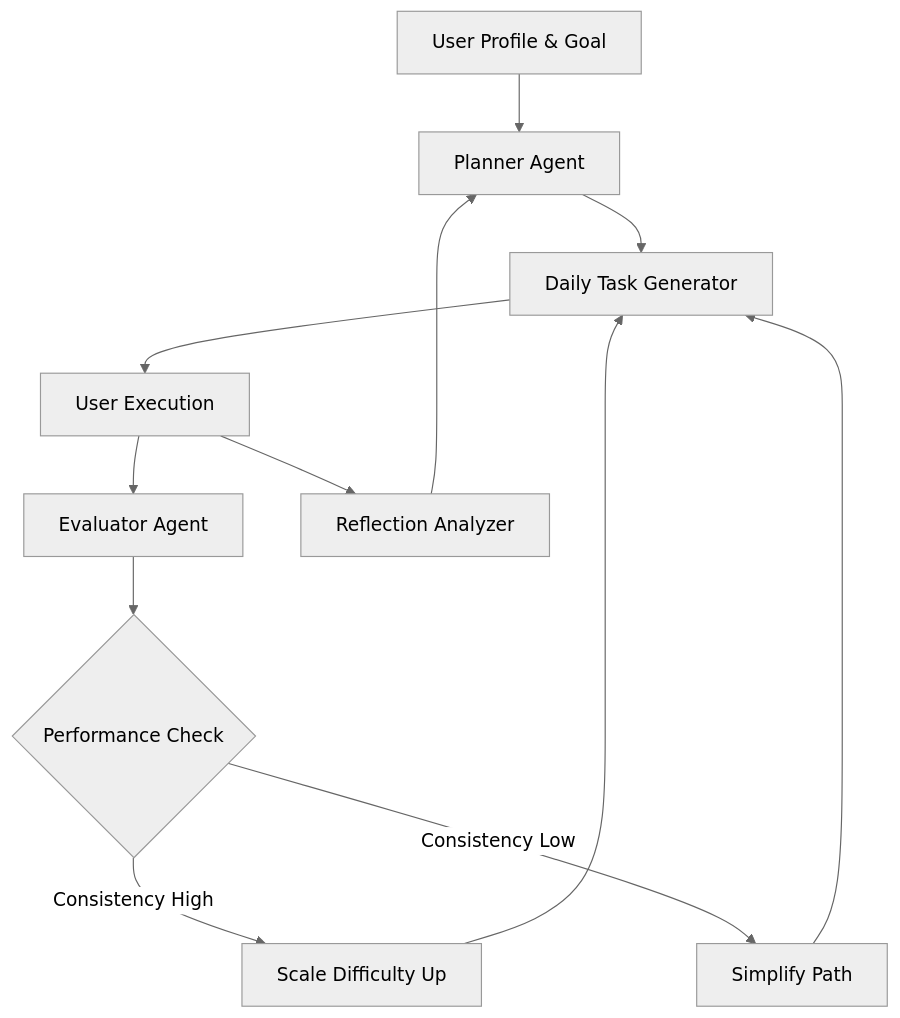
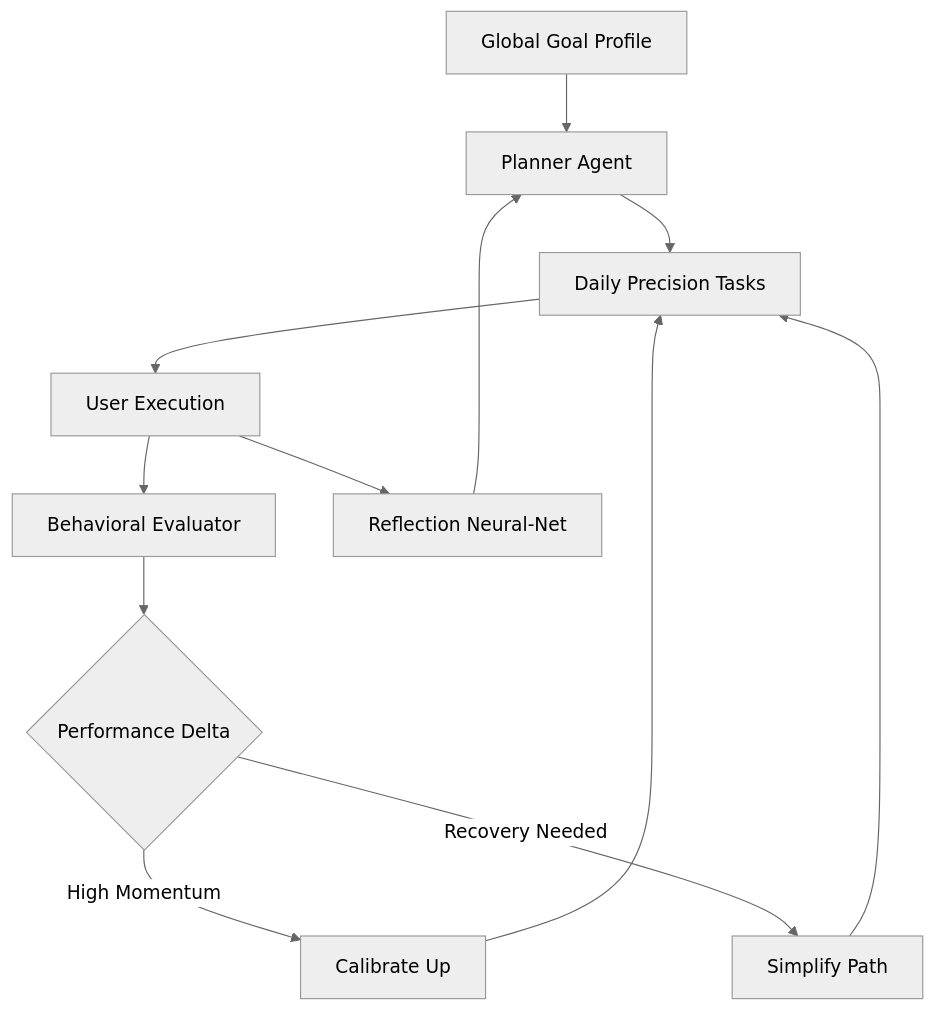
The first of 2 diagrams in README.md (ManoShruthiS/Execustra), drawn with Mermaid (neutral theme) before and after one commit. The commit also changed other lines of this file and 3 other files, not shown here.

````diff
--- a/README.md
+++ b/README.md
@@ -14,14 +13,14 @@
 ```mermaid
 graph TD
-    A[User Profile & Goal] --> B[Planner Agent]
-    B --> C[Daily Task Generator]
+    A[Global Goal Profile] --> B[Planner Agent]
+    B --> C[Daily Precision Tasks]
     C --> D[User Execution]
-    D --> E[Evaluator Agent]
-    E --> F{Performance Check}
-    F -->|Consistency High| G[Scale Difficulty Up]
-    F -->|Consistency Low| H[Simplify Path]
+    D --> E[Behavioral Evaluator]
+    E --> F{Performance Delta}
+    F -->|High Momentum| G[Calibrate Up]
+    F -->|Recovery Needed| H[Simplify Path]
     G --> C
     H --> C
-    D --> I[Reflection Analyzer]
+    D --> I[Reflection Neural-Net]
     I --> B
 ```
````
